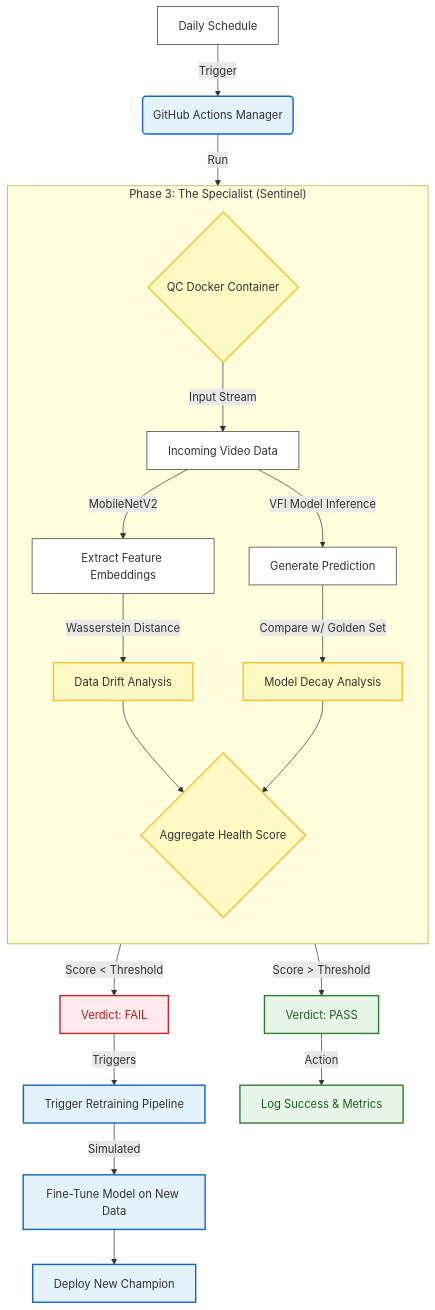
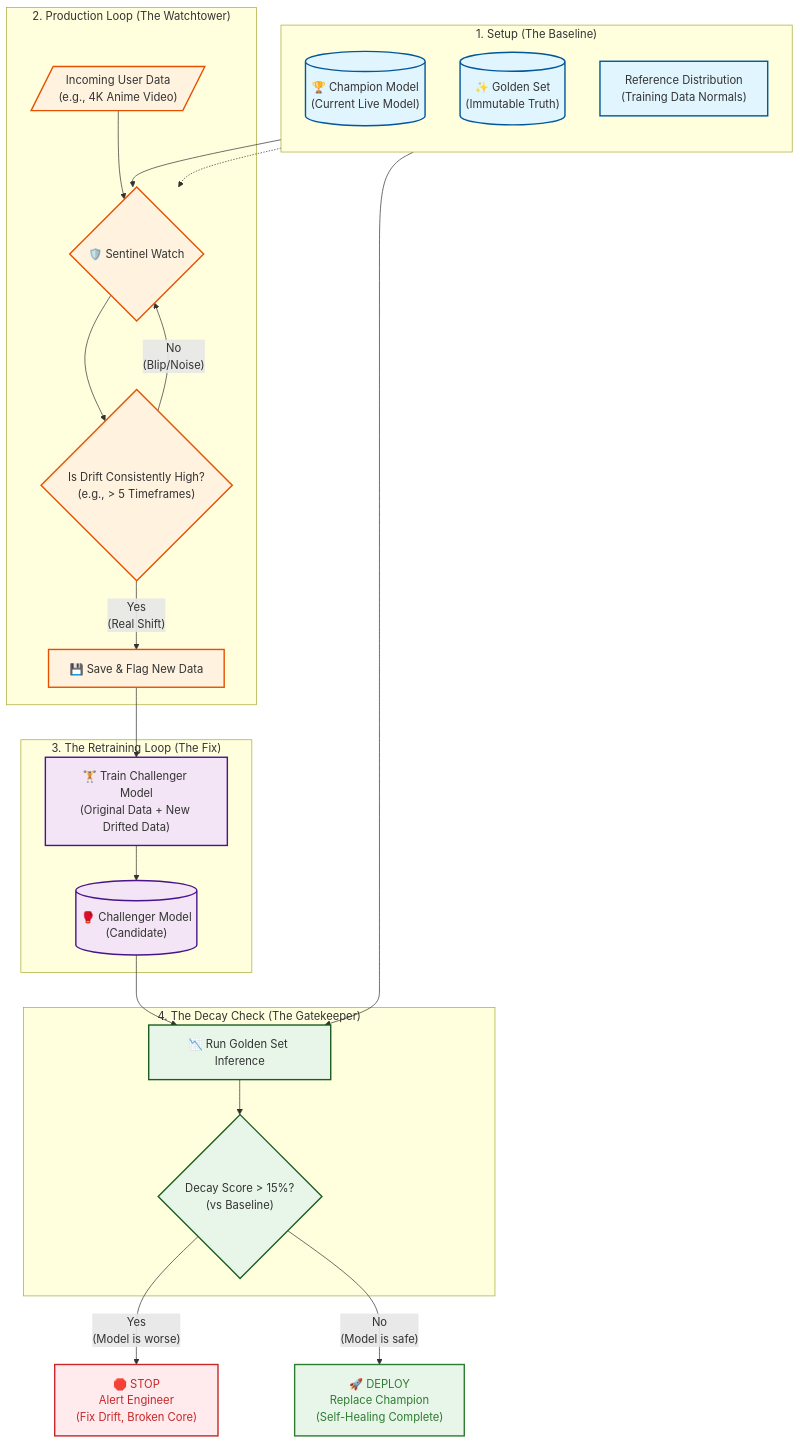
The diagram in README.md (Kosher-T/sentinel), drawn with Mermaid before and after one commit.

Commit message:
Enhance mermaid diagram with styling and phases

````diff
--- a/README.md
+++ b/README.md
@@ -42,51 +42,67 @@
 ```mermaid
 graph TD
-    %% --- Nodes ---
-    A["Daily Schedule"] -->|Trigger| B("GitHub Actions Manager")
+    %% Styling
+    classDef setup fill:#e1f5fe,stroke:#01579b,stroke-width:2px;
+    classDef production fill:#fff3e0,stroke:#e65100,stroke-width:2px;
+    classDef retraining fill:#f3e5f5,stroke:#4a148c,stroke-width:2px;
+    classDef gatekeeper fill:#e8f5e9,stroke:#1b5e20,stroke-width:2px;
+    classDef stop fill:#ffebee,stroke:#c62828,stroke-width:2px,color:#c62828;
+    classDef deploy fill:#e8f5e9,stroke:#2e7d32,stroke-width:2px,color:#2e7d32;
+
+    %% 1. Setup Phase
+    subgraph Setup ["1. Setup (The Baseline)"]
+        direction TB
+        Champion[("🏆 Champion Model<br/>(Current Live Model)")]
+        GoldenSet[("✨ Golden Set<br/>(Immutable Truth)")]
+        RefDist["Reference Distribution<br/>(Training Data Normals)"]
+    end
+    class Champion,GoldenSet,RefDist setup
+
+    %% 2. Production Phase
+    subgraph Production ["2. Production Loop (The Watchtower)"]
+        Incoming[/"Incoming User Data<br/>(e.g., 4K Anime Video)"/]
+        Sentinel{"🛡️ Sentinel Watch"}
+        DriftLogic{"Is Drift Consistently High?<br/>(e.g., > 5 Timeframes)"}
+        FlagData["💾 Save & Flag New Data"]
+    end
+    class Incoming,Sentinel,DriftLogic,FlagData production
+
+    %% 3. Retraining Phase
+    subgraph Retraining ["3. The Retraining Loop (The Fix)"]
+        Train["🏋️ Train Challenger Model<br/>(Original Data + New Drifted Data)"]
+        Challenger[("🥊 Challenger Model<br/>(Candidate)")]
+    end
+    class Train,Challenger retraining
+
+    %% 4. Decay Check Phase
+    subgraph Gatekeeper ["4. The Decay Check (The Gatekeeper)"]
+        RunTest["📉 Run Golden Set Inference"]
+        DecayLogic{"Decay Score > 15%?<br/>(vs Baseline)"}
+    end
+    class RunTest,DecayLogic gatekeeper
+
+    %% Outcomes
+    StopAction["🛑 STOP<br/>Alert Engineer<br/>(Fix Drift, Broken Core)"]
+    DeployAction["🚀 DEPLOY<br/>Replace Champion<br/>(Self-Healing Complete)"]
+    class StopAction stop
+    class DeployAction deploy
+
+    %% Connections
+    RefDist --> Sentinel
+    Champion -.-> Sentinel
+    Incoming --> Sentinel
+    Sentinel --> DriftLogic
     
-    %% Manager only has ONE action now: Run the container
-    B -->|Run| C
+    DriftLogic -- No<br/>(Blip/Noise) --> Sentinel
+    DriftLogic -- Yes<br/>(Real Shift) --> FlagData
     
-    subgraph Phase3 ["Phase 3: The Specialist (Sentinel)"]
-        direction TB
-        C{"QC Docker Container"}
-        
-        C -->|Input Stream| D["Incoming Video Data"]
-        
-        %% --- Path 1: Data Drift (The 'Softwood' Check) ---
-        D -->|"MobileNetV2"| E["Extract Feature Embeddings"]
-        E -->|"Wasserstein Distance"| F["Data Drift Analysis"]
-        
-        %% --- Path 2: Model Decay (The 'Wobbly Chair' Check) ---
-        D -->|"VFI Model Inference"| X["Generate Prediction"]
-        X -->|"Compare w/ Golden Set"| Y["Model Decay Analysis"]
-        
-        %% --- Synthesis ---
-        F --> Z{"Aggregate Health Score"}
-        Y --> Z
-    end
+    FlagData --> Train
+    Train --> Challenger
     
-    %% Logic flows out of Phase 3 directly to consequences
-    Z -->|"Score < Threshold"| G["Verdict: FAIL"]
-    Z -->|"Score > Threshold"| H["Verdict: PASS"]
+    Challenger --> RunTest
+    GoldenSet --> RunTest
+    RunTest --> DecayLogic
     
-    %% Direct sequential actions based on Verdict
-    G -->|"Triggers"| J["Trigger Retraining Pipeline"]
-    H -->|"Action"| K["Log Success & Metrics"]
-    
-    J -->|Simulated| L["Fine-Tune Model on New Data"]
-    L --> M["Deploy New Champion"]
-
-    %% --- Styles ---
-    classDef base fill:#fff,stroke:#333,stroke-width:1px
-    classDef action fill:#e3f2fd,stroke:#1565c0,stroke-width:2px
-    classDef success fill:#e8f5e9,stroke:#2e7d32,stroke-width:2px,color:#1b5e20
-    classDef fail fill:#ffebee,stroke:#c62828,stroke-width:2px,color:#b71c1c
-    classDef decision fill:#fff9c4,stroke:#fbc02d,stroke-width:2px
-
-    class A,D,E,X base
-    class B,J,L,M action
-    class C,F,Y,Z decision
-    class H,K success
-    class G fail
+    DecayLogic -- Yes<br/>(Model is worse) --> StopAction
+    DecayLogic -- No<br/>(Model is safe) --> DeployAction
 ```
````
